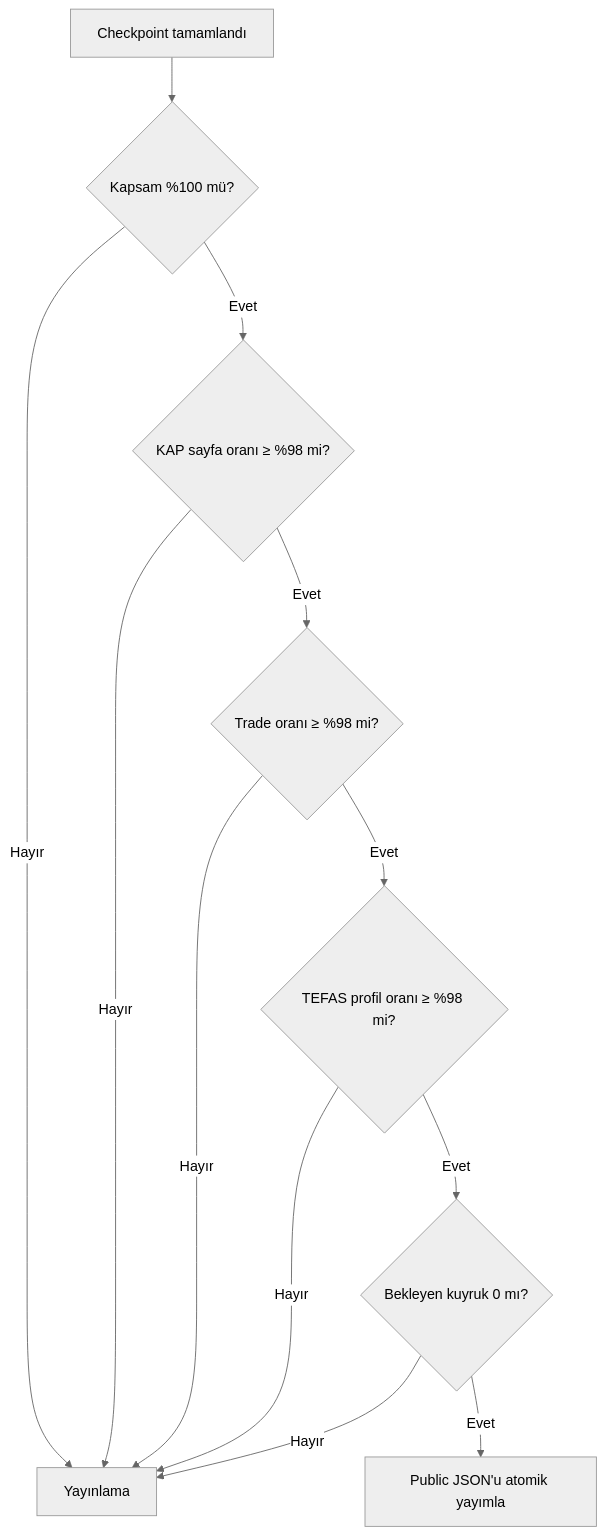
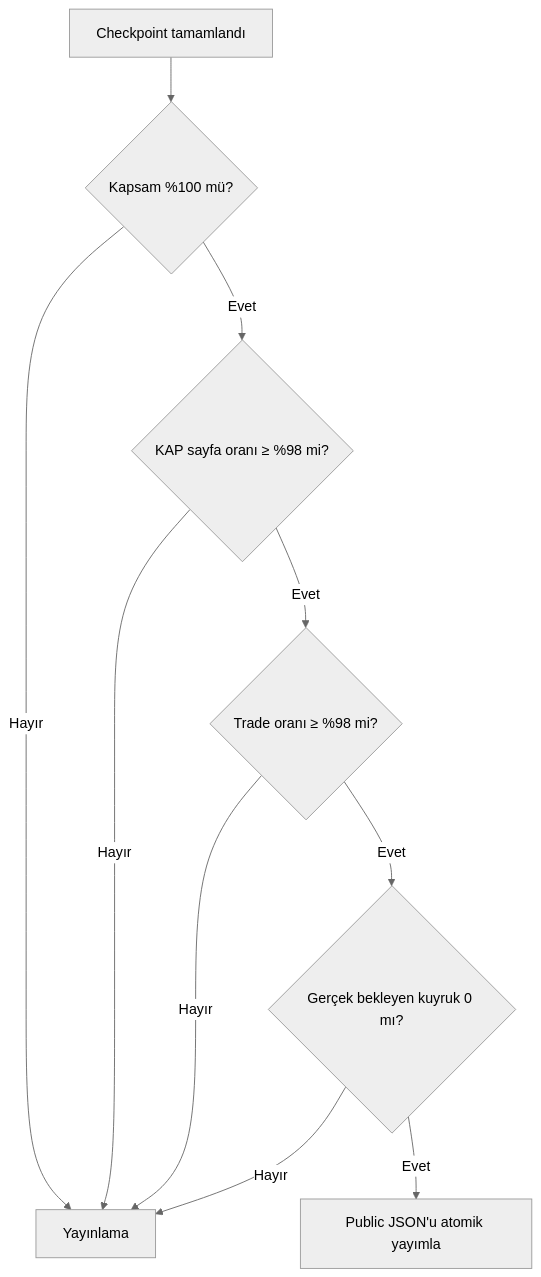
Before and after one commit to egemenkarabulut/PiyasaNabzi-KAP-YAT: diagram 14 of 18 in README.md, drawn with Mermaid (neutral theme). The commit also changed other lines of this file and 3 other files, not shown here.

````diff
--- a/README.md
+++ b/README.md
@@ -556,14 +542,12 @@
 ```mermaid
 flowchart TD
     A["Checkpoint tamamlandı"] --> B{"Kapsam %100 mü?"}
     B -- "Hayır" --> X["Yayınlama"]
     B -- "Evet" --> C{"KAP sayfa oranı ≥ %98 mi?"}
     C -- "Hayır" --> X
     C -- "Evet" --> D{"Trade oranı ≥ %98 mi?"}
     D -- "Hayır" --> X
-    D -- "Evet" --> E{"TEFAS profil oranı ≥ %98 mi?"}
+    D -- "Evet" --> E{"Gerçek bekleyen kuyruk 0 mı?"}
     E -- "Hayır" --> X
-    E -- "Evet" --> F{"Bekleyen kuyruk 0 mı?"}
-    F -- "Hayır" --> X
-    F -- "Evet" --> G["Public JSON'u atomik yayımla"]
+    E -- "Evet" --> F["Public JSON'u atomik yayımla"]
 ```
````
